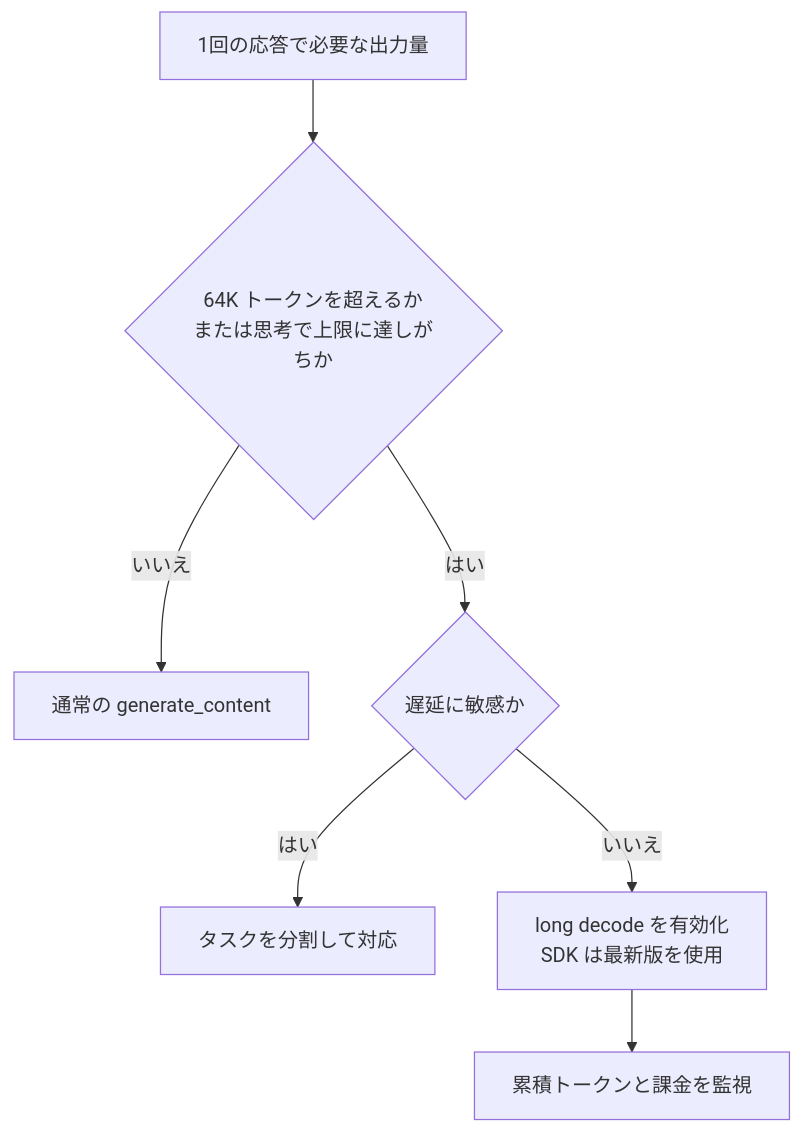
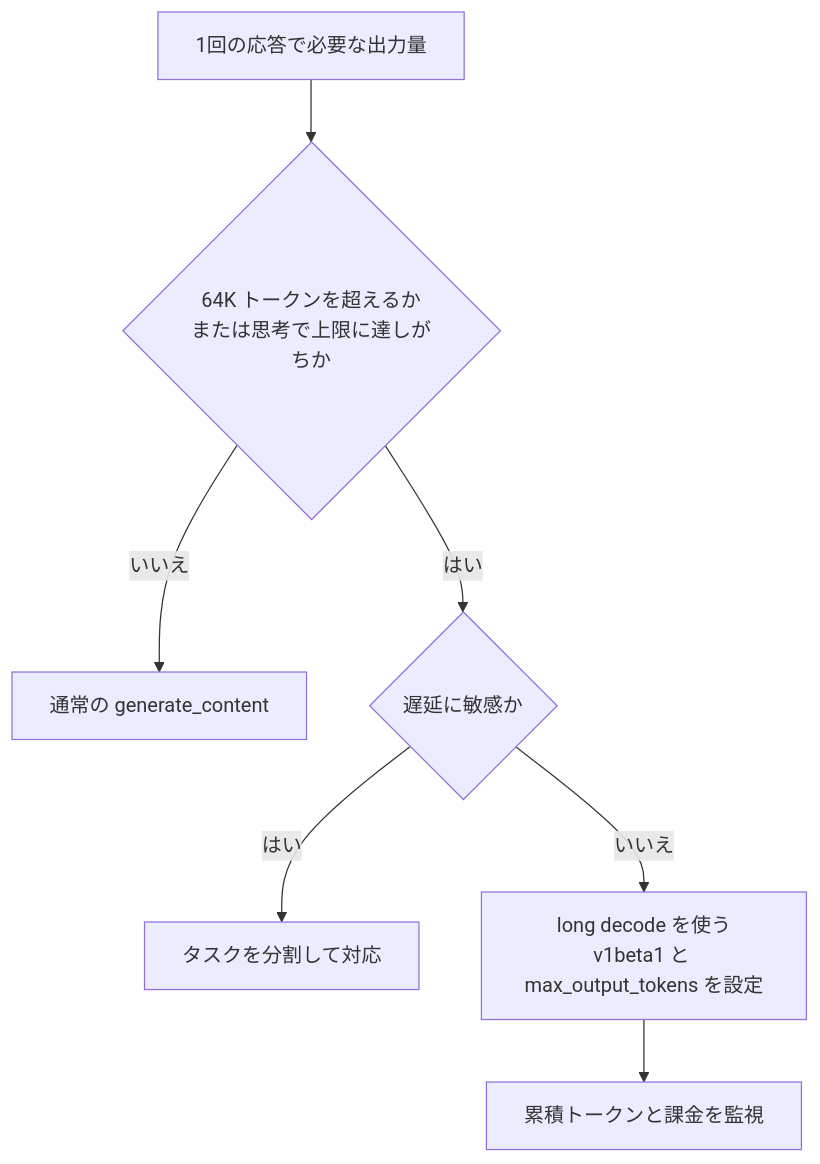
One commit to myoshi2891/Comparison-of-LLMs changed the fifth of 9 diagrams in Gemini-4-carbon-guide.md. Above: the diagram before and after it, drawn with Mermaid. The commit also changed other lines of this file, not shown here.

Commit message:
docs(google): document Carbon long decode steps and global pricing scope

````diff
--- a/Gemini-4-carbon-guide.md
+++ b/Gemini-4-carbon-guide.md
@@ -337,9 +339,9 @@
 ```mermaid
 flowchart TD
     A["1回の応答で必要な出力量"] --> B{"64K トークンを超えるか<br/>または思考で上限に達しがちか"}
     B -- "いいえ" --> C["通常の generate_content"]
     B -- "はい" --> D{"遅延に敏感か"}
     D -- "はい" --> E["タスクを分割して対応"]
-    D -- "いいえ" --> F["long decode を有効化<br/>SDK は最新版を使用"]
+    D -- "いいえ" --> F["long decode を使う<br/>v1beta1 と max_output_tokens を設定"]
     F --> G["累積トークンと課金を監視"]
 ```
````
